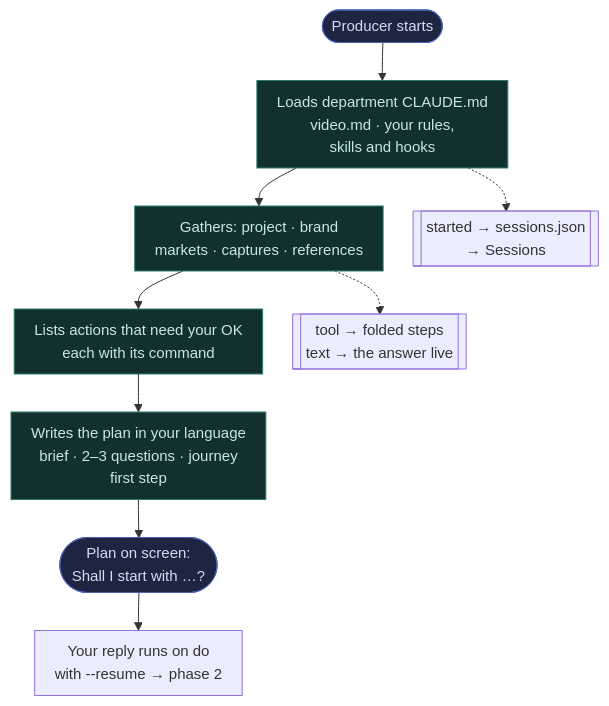
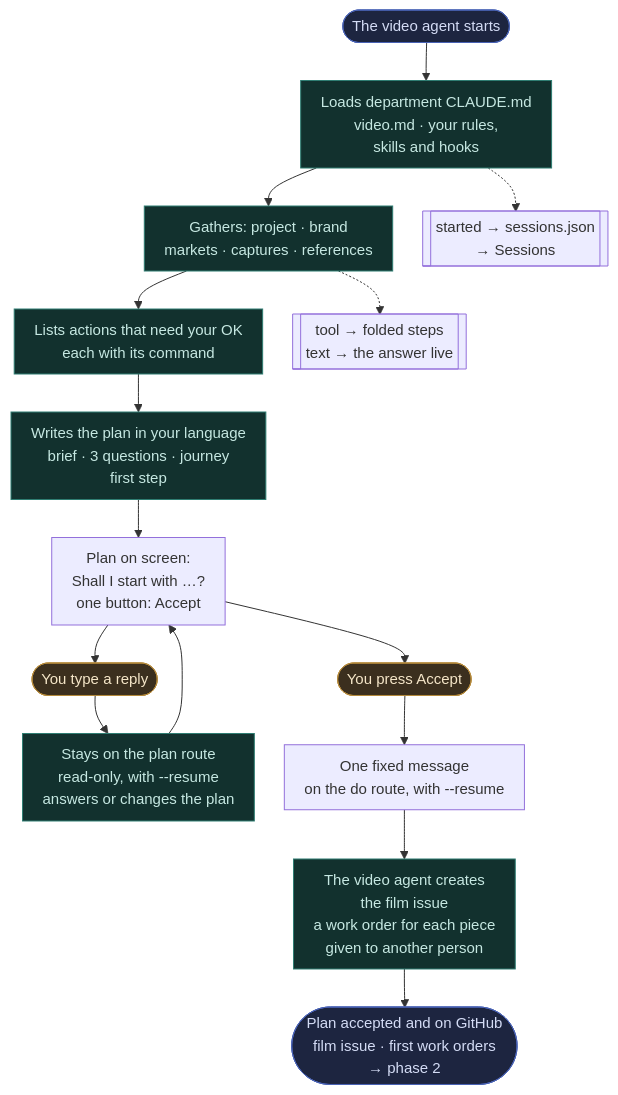
One commit to databayt/kun changed the fourth of 4 diagrams in content/docs/pipeline.mdx. Above: the diagram before and after it, drawn with Mermaid. The commit also changed other lines of this file and 6 other files, not shown here.

````diff
--- a/content/docs/pipeline.mdx
+++ b/content/docs/pipeline.mdx
@@ -183,21 +237,27 @@
 ```mermaid
 %%{init: {"fontFamily": "Geist, Arial, sans-serif", "themeVariables": {"fontSize": "15px", "fontFamily": "Geist, Arial, sans-serif"}, "flowchart": {"wrappingWidth": 230, "nodeSpacing": 30, "rankSpacing": 38, "padding": 10}}}%%
 flowchart TD
-    L0(["Producer starts"]):::done
+    L0(["The video agent starts"]):::done
     L0 --> L["Loads department CLAUDE.md<br/>video.md · your rules,<br/>skills and hooks"]:::claude
     L --> PR1["Gathers: project · brand<br/>markets · captures · references"]:::claude
     PR1 --> PR2["Lists actions that need your OK<br/>each with its command"]:::claude
-    PR2 --> PR3["Writes the plan in your language<br/>brief · 2–3 questions · journey<br/>first step"]:::claude
-    PR3 --> END(["Plan on screen:<br/>Shall I start with …?"]):::done
-    END --> NEXT["Your reply runs on do<br/>with --resume → phase 2"]
+    PR2 --> PR3["Writes the plan in your language<br/>brief · 3 questions · journey<br/>first step"]:::claude
+    PR3 --> END["Plan on screen:<br/>Shall I start with …?<br/>one button: Accept"]
+    END --> RP(["You type a reply"]):::you
+    RP --> RP1["Stays on the plan route<br/>read-only, with --resume<br/>answers or changes the plan"]:::claude
+    RP1 --> END
+    END --> AC(["You press Accept"]):::you
+    AC --> AC1["One fixed message<br/>on the do route, with --resume"]
+    AC1 --> IS["The video agent creates<br/>the film issue<br/>a work order for each piece<br/>given to another person"]:::claude
+    IS --> GH(["Plan accepted and on GitHub<br/>film issue · first work orders<br/>→ phase 2"]):::done
     C1[["started → sessions.json<br/>→ Sessions"]]
     C2[["tool → folded steps<br/>text → the answer live"]]
     L -.-> C1
     PR1 -.-> C2
 
     classDef you fill:#3b2f1e,stroke:#b58a3c,color:#f5e6c8;
     classDef claude fill:#12312e,stroke:#2f7d72,color:#c6e8e2;
     classDef ok fill:#16301c,stroke:#3c8a4f,color:#cfeed7;
     classDef bad fill:#2e1a16,stroke:#a6432f,color:#f0d2c9;
     classDef done fill:#1d2540,stroke:#4a63b5,color:#d4dcf5;
 ```
````
